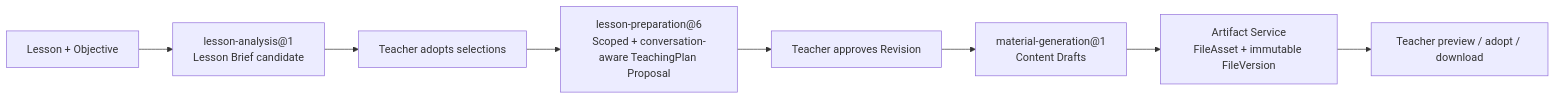
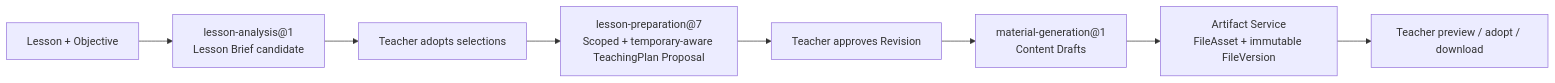
One commit to CrystalDavid/Edu-Agent changed the fifth of 5 diagrams in docs/architecture/README.md. Above: the diagram before and after it, drawn with Mermaid. The commit also changed other lines of this file and 9 other files, not shown here.

````diff
--- a/docs/architecture/README.md
+++ b/docs/architecture/README.md
@@ -205,10 +208,10 @@
 ```mermaid
 flowchart LR
     LESSON["Lesson + Objective"] --> BRIEF["lesson-analysis@1<br/>Lesson Brief candidate"]
     BRIEF --> BCONFIRM["Teacher adopts selections"]
-    BCONFIRM --> PREP["lesson-preparation@6<br/>Scoped + conversation-aware TeachingPlan Proposal"]
+    BCONFIRM --> PREP["lesson-preparation@7<br/>Scoped + temporary-aware TeachingPlan Proposal"]
     PREP --> APPROVE["Teacher approves Revision"]
     APPROVE --> MATERIAL["material-generation@1<br/>Content Drafts"]
     MATERIAL --> ARTIFACT["Artifact Service<br/>FileAsset + immutable FileVersion"]
     ARTIFACT --> ADOPT["Teacher preview / adopt / download"]
 ```
````
